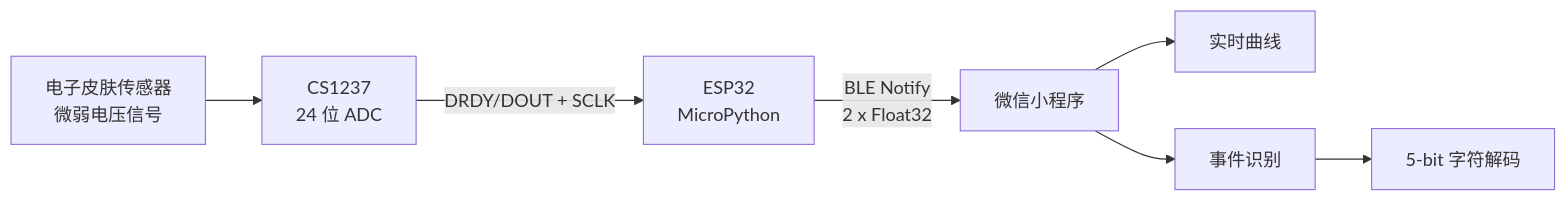
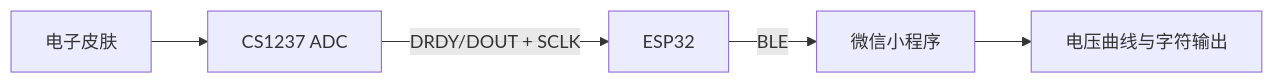
Before and after one commit to bin226/BLE-e-skin-sensor: the diagram in README.md, drawn with Mermaid. The commit also changed other lines of this file, not shown here.

````diff
--- a/README.md
+++ b/README.md
@@ -24,9 +16,7 @@
 ```mermaid
 flowchart LR
-    A[电子皮肤传感器<br/>微弱电压信号] --> B[CS1237<br/>24 位 ADC]
-    B -->|DRDY/DOUT + SCLK| C[ESP32<br/>MicroPython]
-    C -->|BLE Notify<br/>2 x Float32| D[微信小程序]
-    D --> E[实时曲线]
-    D --> F[事件识别]
-    F --> G[5-bit 字符解码]
+    A[电子皮肤] --> B[CS1237 ADC]
+    B -->|DRDY/DOUT + SCLK| C[ESP32]
+    C -->|BLE| D[微信小程序]
+    D --> E[电压曲线与字符输出]
 ```
````
